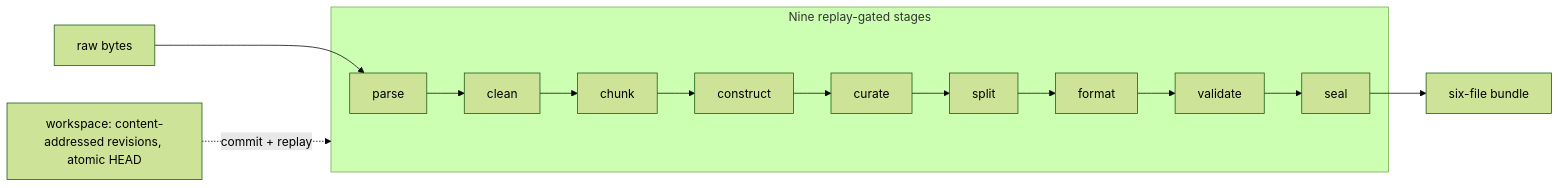
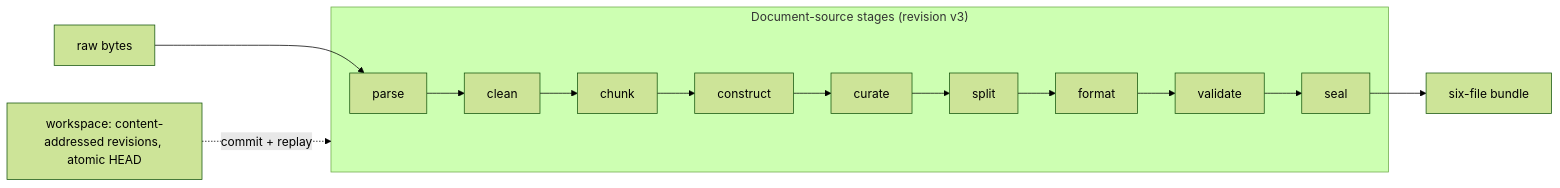
The diagram in docs/architecture.md (ogprotege/Veriformis), drawn with Mermaid (forest theme) before and after one commit. The commit also changed other lines of this file and 31 other files, not shown here.

````diff
--- a/docs/architecture.md
+++ b/docs/architecture.md
@@ -20,9 +20,9 @@
 ```mermaid
 flowchart LR
-    subgraph stages["Nine replay-gated stages"]
+    subgraph documentSource["Document-source stages (revision v3)"]
         P[parse] --> C[clean] --> K[chunk] --> N[construct] --> U[curate] --> X[split] --> F[format] --> V[validate] --> L[seal]
     end
     raw["raw bytes"] --> P
     L --> B["six-file bundle"]
-    W["workspace: content-addressed revisions, atomic HEAD"] -. "commit + replay" .-> stages
+    W["workspace: content-addressed revisions, atomic HEAD"] -. "commit + replay" .-> documentSource
 ```
````
